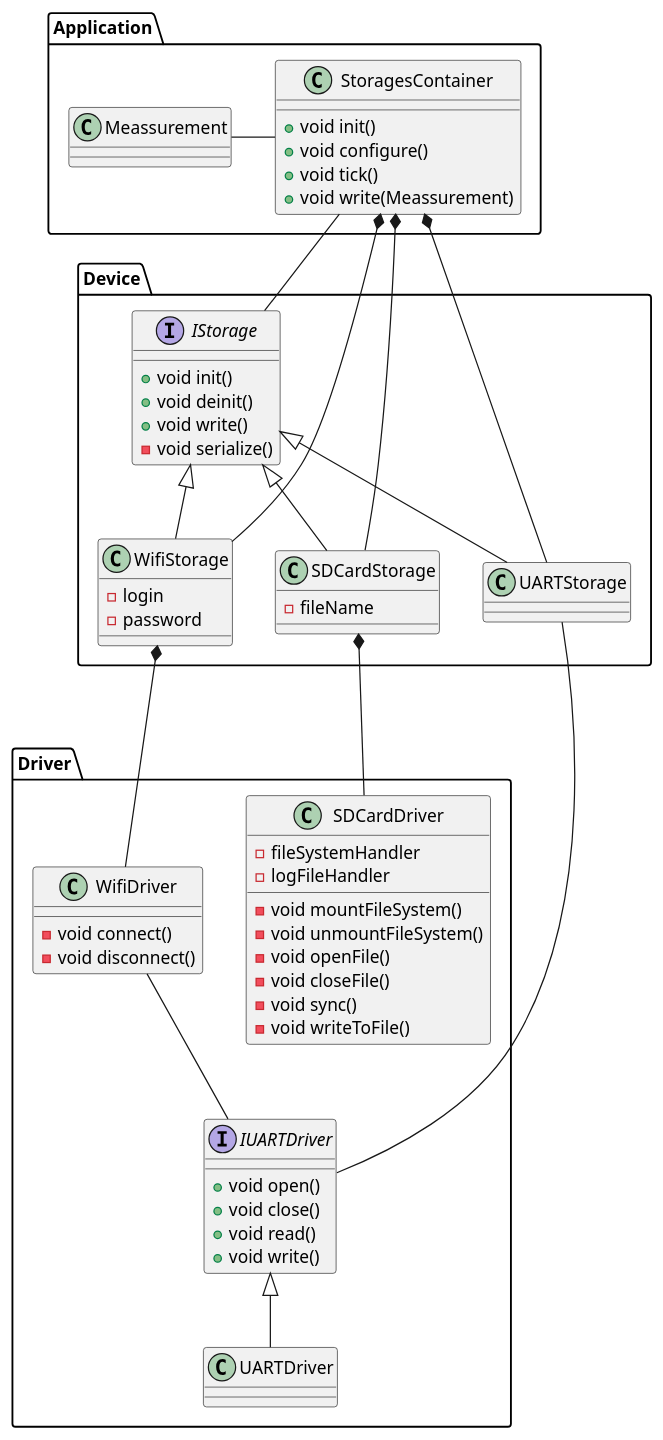
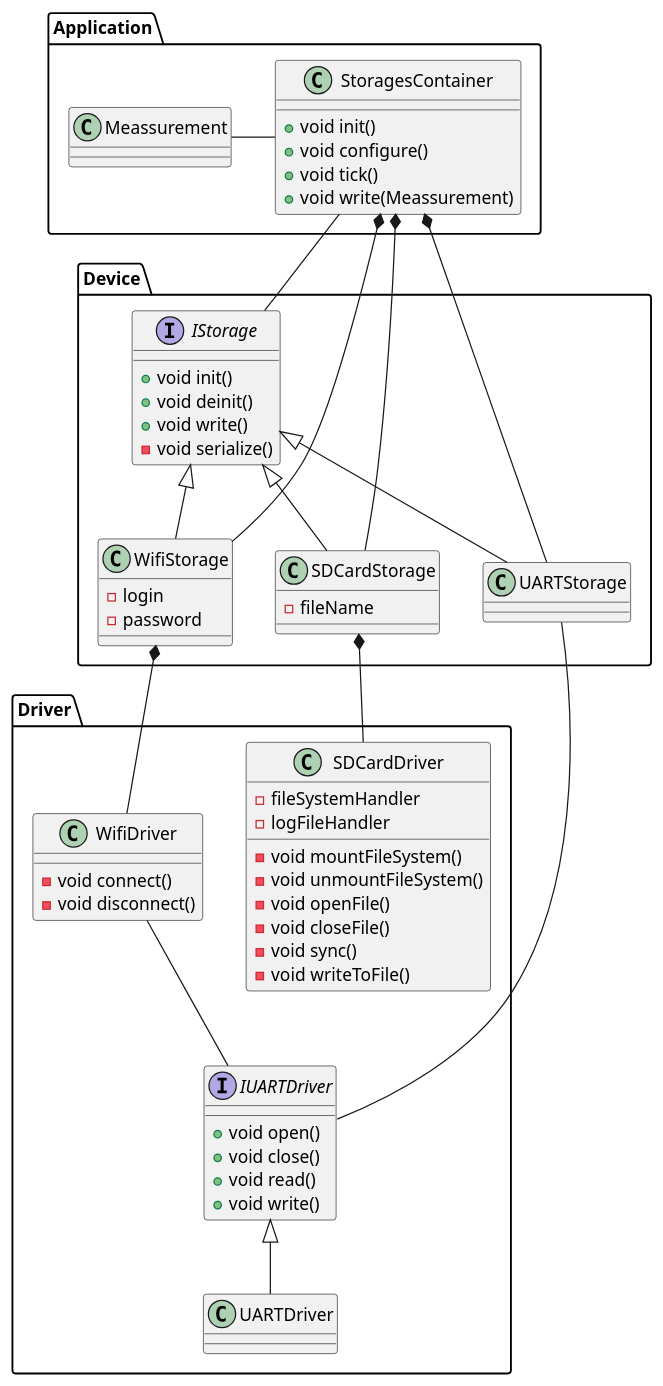
The diagram in Documentation/Diagrams/Source/NUCLEO-F103RB/Storage_Class_Diagram.plantuml (RobertGawron/HardwareDataLogger), drawn with PlantUML before and after one commit. The commit also changed 33 other files, not shown here.

```diff
--- a/Documentation/Diagrams/Source/NUCLEO-F103RB/Storage_Class_Diagram.plantuml
+++ b/Documentation/Diagrams/Source/NUCLEO-F103RB/Storage_Class_Diagram.plantuml
@@ -1,91 +1,91 @@
 @startuml
 
 package Application {
     class Meassurement
 
     class StoragesContainer {
         +void init()
         +void configure()
         +void tick()
         +void write(Meassurement)
     }
 
     Meassurement - StoragesContainer
 }
 
 package Device {
     interface IStorage {
         +void init()
         +void deinit()
         +void write()
         -void serialize()
     }
 /'
    note right of WifiStorage
     ESP8266MOD has only Wifi support.
     In future it would be possible 
     to use ESP32 that has also Bloototh.
     end note
 '/
     class WifiStorage {
         -login
         -password
     }
 
     class SDCardStorage {
         -fileName
     }
 
     class UARTStorage {
     }
 }
 
 package Driver {
     class SDCardDriver {
         -void mountFileSystem()
         -void unmountFileSystem()
         -void openFile()
         -void closeFile()
         -void sync()
         -void writeToFile()
 
         - fileSystemHandler
         - logFileHandler
     }
 
     class WifiDriver {
         -void connect()
         -void disconnect()
     }
 
     class UARTDriver {
 
     }
 
     interface IUARTDriver {
         +void open()
         +void close()
         +void read()
         +void write()
     }
 }
 
 
 StoragesContainer -- IStorage
-StoragesContainer *--- SDCardStorage
-StoragesContainer *--- UARTStorage
-StoragesContainer *--- WifiStorage
+StoragesContainer *-- SDCardStorage
+StoragesContainer *-- UARTStorage
+StoragesContainer *-- WifiStorage
 
 IStorage <|-- WifiStorage
 IStorage <|-- SDCardStorage
 IStorage <|-- UARTStorage
 
 SDCardStorage *-- SDCardDriver
-WifiStorage *--- WifiDriver
+WifiStorage *-- WifiDriver
 
 UARTStorage -- IUARTDriver
 WifiDriver -- IUARTDriver
 IUARTDriver <|-- UARTDriver
 
 
 @enduml
```
